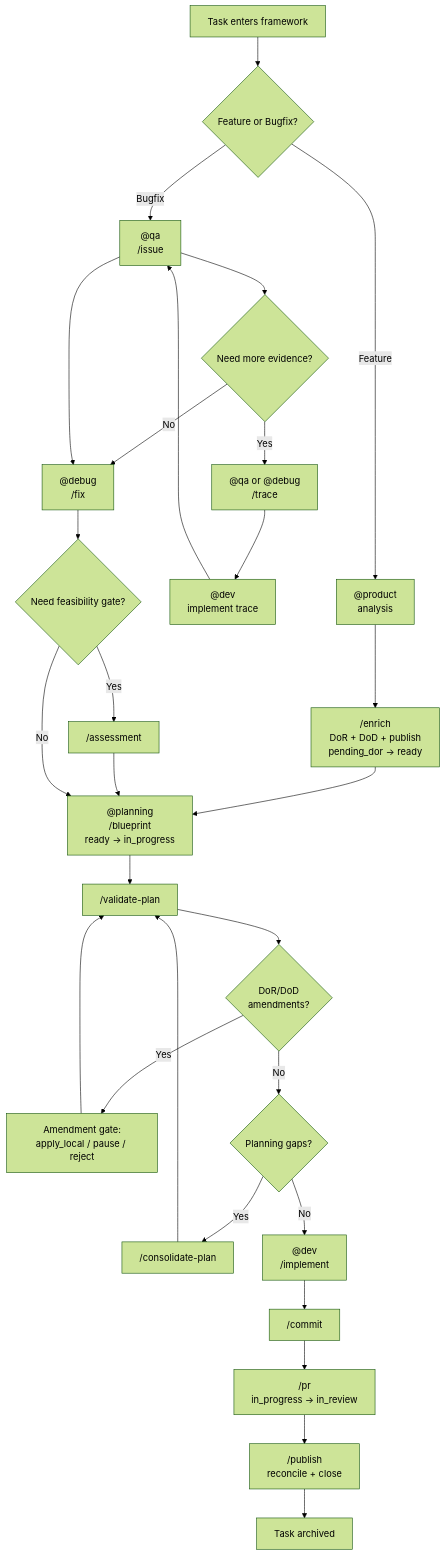
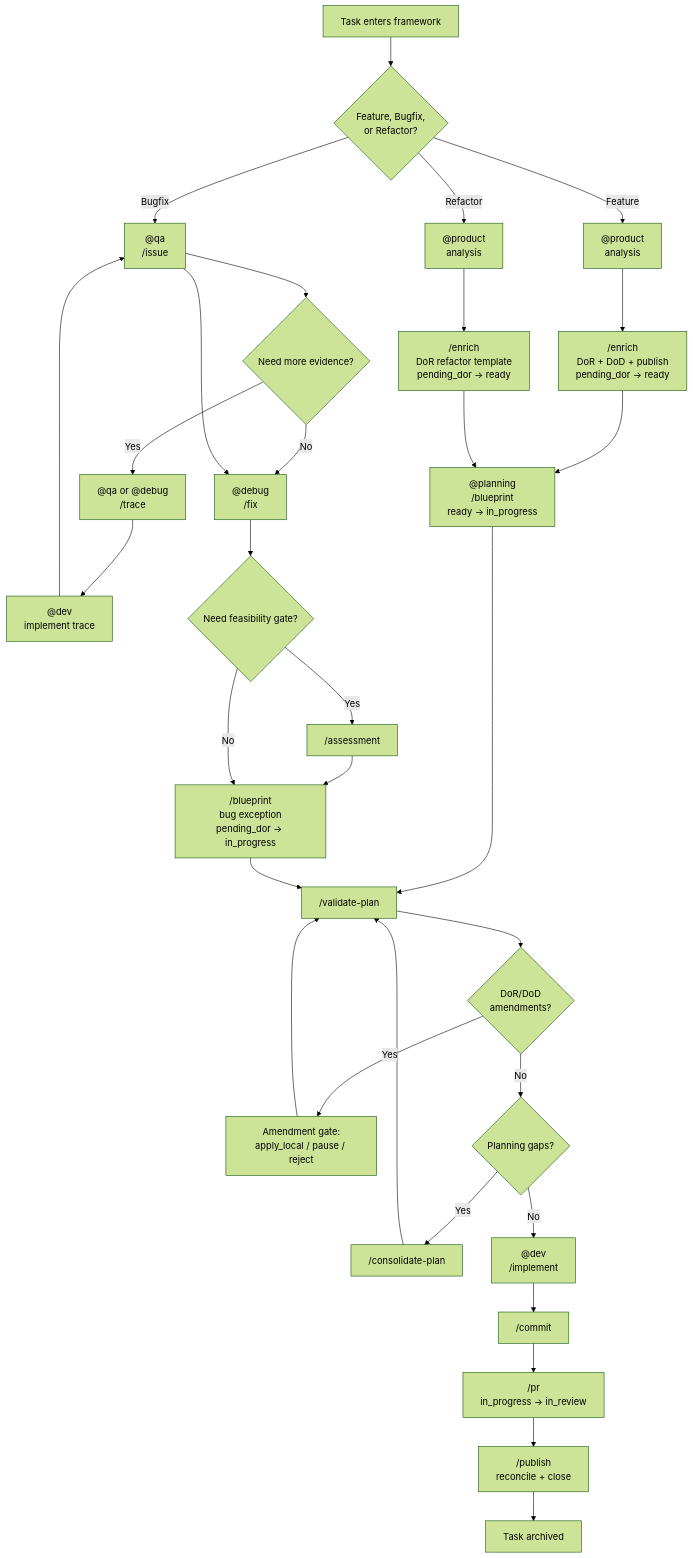
The diagram in docs/WORKFLOWS.md (guerravc/aias), drawn with Mermaid (forest theme) before and after one commit. The commit also changed other lines of this file, not shown here.

Commit message:
[DOCS]: update workflows for refactor path, bug exception transition, and Mermaid diagram
Mermaid diagram expanded with refactor entry path and bug exception node
(pending_dor -> in_progress). Decision tree gains refactor workflow.
Tracker Sync Milestones table adds /blueprint bug exception row.

Made-with: Cursor

````diff
--- a/docs/WORKFLOWS.md
+++ b/docs/WORKFLOWS.md
@@ -53,33 +53,38 @@
 ```mermaid
 flowchart TD
     Start["Task enters framework"]
 
-    Start --> Entry{"Feature or Bugfix?"}
+    Start --> Entry{"Feature, Bugfix,<br/>or Refactor?"}
 
     Entry -->|Feature| Product["@product<br/>analysis"]
     Product --> Enrich["/enrich<br/>DoR + DoD + publish<br/>pending_dor → ready"]
     Enrich --> Planning["@planning<br/>/blueprint<br/>ready → in_progress"]
     Planning --> Validate["/validate-plan"]
     Validate --> Amendments{"DoR/DoD<br/>amendments?"}
     Amendments -->|Yes| AmendGate["Amendment gate:<br/>apply_local / pause / reject"]
     AmendGate --> Validate
     Amendments -->|No| Gaps{"Planning gaps?"}
     Gaps -->|Yes| Consolidate["/consolidate-plan"] --> Validate
     Gaps -->|No| Dev["@dev<br/>/implement"]
     Dev --> Commit["/commit"]
     Commit --> PR["/pr<br/>in_progress → in_review"]
     PR --> Publish["/publish<br/>reconcile + close"]
     Publish --> Done["Task archived"]
 
     Entry -->|Bugfix| QA["@qa<br/>/issue"]
     QA --> Trace{"Need more evidence?"}
     Trace -->|Yes| TracePlan["@qa or @debug<br/>/trace"]
     TracePlan --> TraceImpl["@dev<br/>implement trace"]
     TraceImpl --> QA
     Trace -->|No| Debug["@debug<br/>/fix"]
     QA --> Debug
     Debug --> Assessment{"Need feasibility gate?"}
     Assessment -->|Yes| Feasibility["/assessment"]
-    Feasibility --> Planning
-    Assessment -->|No| Planning
+    Feasibility --> BugBlueprint["/blueprint<br/>bug exception<br/>pending_dor → in_progress"]
+    Assessment -->|No| BugBlueprint
+    BugBlueprint --> Validate
+
+    Entry -->|Refactor| RefProduct["@product<br/>analysis"]
+    RefProduct --> RefEnrich["/enrich<br/>DoR refactor template<br/>pending_dor → ready"]
+    RefEnrich --> Planning
 ```
````
